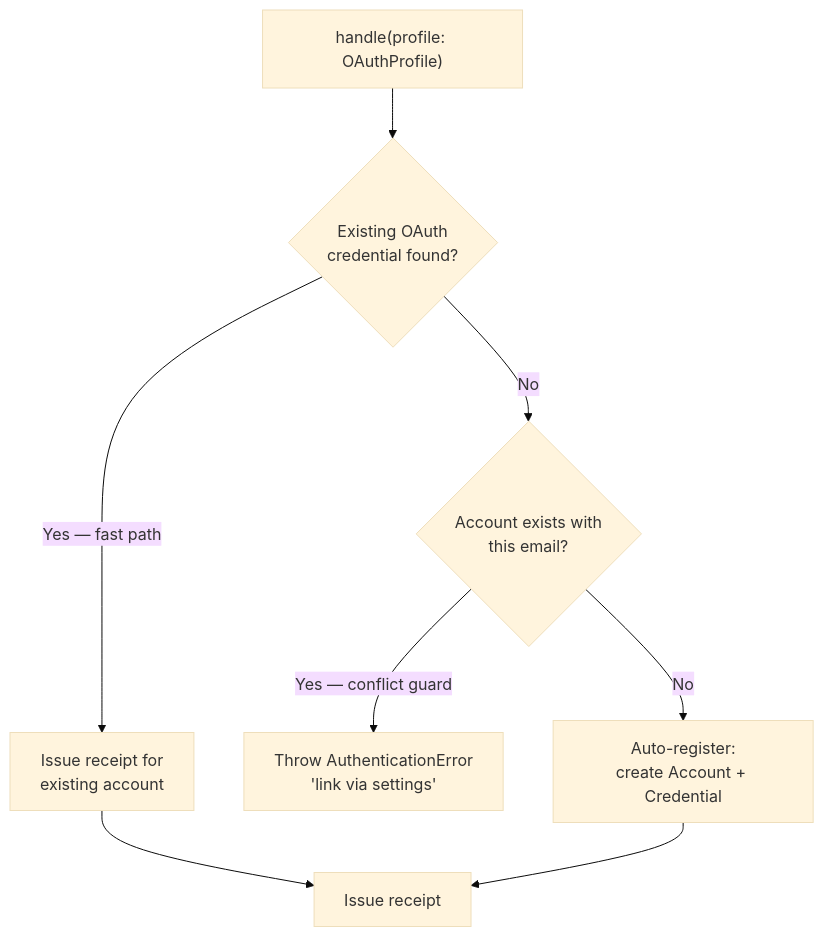
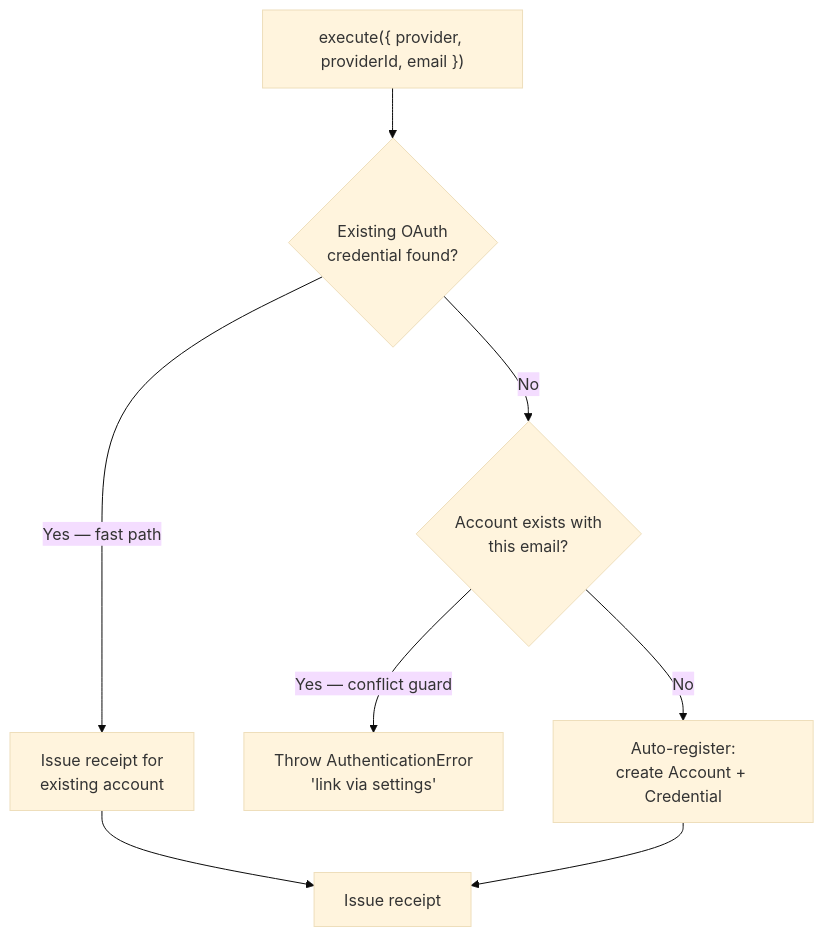
One commit to odysseon/whoami changed the third of 3 diagrams in docs/architecture.md. Above: the diagram before and after it, drawn with Mermaid (base theme). The commit also changed other lines of this file and 5 other files, not shown here.

First line of the commit message:
docs: overhaul documentation to reflect pluggable module architecture

````diff
--- a/docs/architecture.md
+++ b/docs/architecture.md
@@ -185,18 +187,18 @@
 ```mermaid
 flowchart TD
-    Start["handle(profile: OAuthProfile)"]
+    Start["execute({ provider, providerId, email })"]
     P1{"Existing OAuth\ncredential found?"}
     P2{"Account exists with\nthis email?"}
     P3["Auto-register:\ncreate Account + Credential"]
     FastAuth["Issue receipt for\nexisting account"]
     Reject["Throw AuthenticationError\n'link via settings'"]
     IssueReceipt["Issue receipt"]
 
     Start --> P1
     P1 -->|"Yes — fast path"| FastAuth
     P1 -->|"No"| P2
     P2 -->|"Yes — conflict guard"| Reject
     P2 -->|"No"| P3
     P3 --> IssueReceipt
     FastAuth --> IssueReceipt
 ```
````
